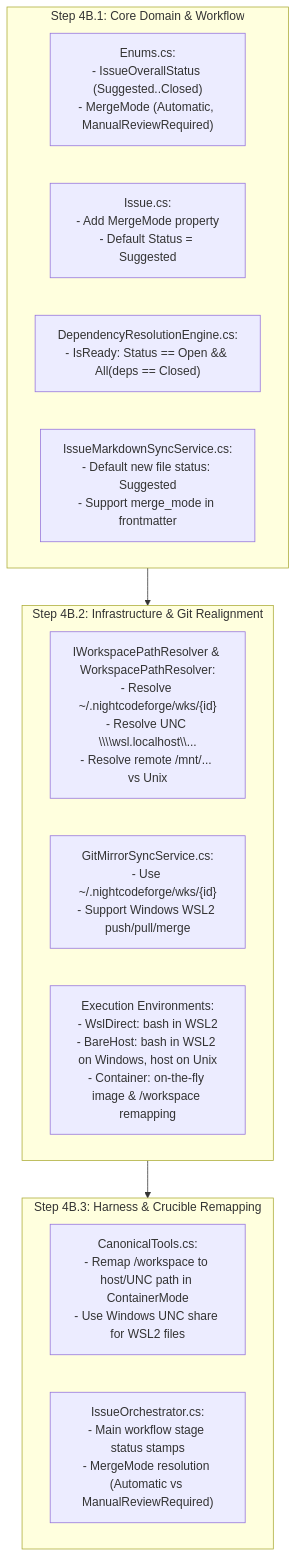
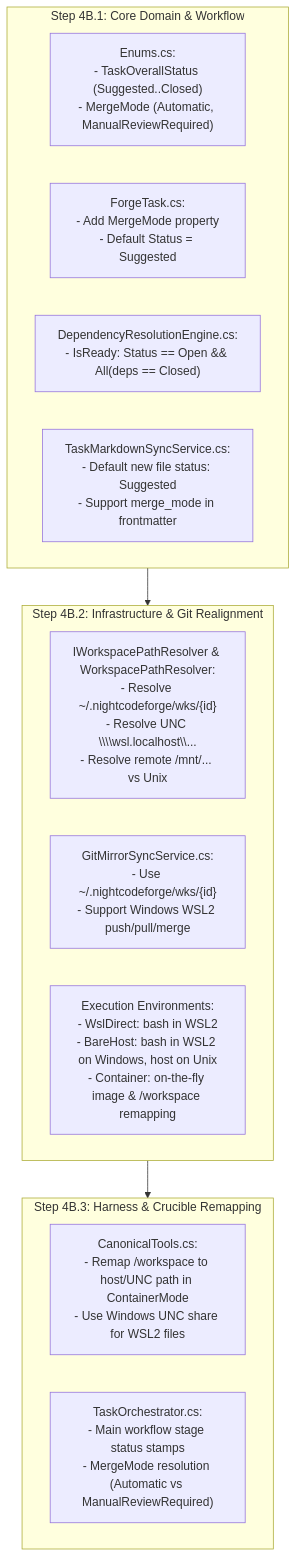
The second of 2 diagrams in docs/plan/04B_EXECUTION_ENVIRONMENT_AND_WORKFLOW_ALIGNMENT.md (jetelain/NightCodeForge), drawn with Mermaid before and after one commit. The commit also changed other lines of this file and 151 other files, not shown here.

Commit message:
Issue -> Task

````diff
--- a/docs/plan/04B_EXECUTION_ENVIRONMENT_AND_WORKFLOW_ALIGNMENT.md
+++ b/docs/plan/04B_EXECUTION_ENVIRONMENT_AND_WORKFLOW_ALIGNMENT.md
@@ -248,23 +248,23 @@
 ```mermaid
 flowchart TD
     subgraph CoreUpdate ["Step 4B.1: Core Domain & Workflow"]
-        Enums["Enums.cs:\n- IssueOverallStatus (Suggested..Closed)\n- MergeMode (Automatic, ManualReviewRequired)"]
-        IssueModel["Issue.cs:\n- Add MergeMode property\n- Default Status = Suggested"]
+        Enums["Enums.cs:\n- TaskOverallStatus (Suggested..Closed)\n- MergeMode (Automatic, ManualReviewRequired)"]
+        TaskModel["ForgeTask.cs:\n- Add MergeMode property\n- Default Status = Suggested"]
         DepEngine["DependencyResolutionEngine.cs:\n- IsReady: Status == Open && All(deps == Closed)"]
-        SyncService["IssueMarkdownSyncService.cs:\n- Default new file status: Suggested\n- Support merge_mode in frontmatter"]
+        SyncService["TaskMarkdownSyncService.cs:\n- Default new file status: Suggested\n- Support merge_mode in frontmatter"]
     end
 
     subgraph InfraUpdate ["Step 4B.2: Infrastructure & Git Realignment"]
         PathResolver["IWorkspacePathResolver & WorkspacePathResolver:\n- Resolve ~/.nightcodeforge/wks/{id}\n- Resolve UNC \\\\wsl.localhost\\...\n- Resolve remote /mnt/... vs Unix"]
         GitMirror["GitMirrorSyncService.cs:\n- Use ~/.nightcodeforge/wks/{id}\n- Support Windows WSL2 push/pull/merge"]
         ExecEnv["Execution Environments:\n- WslDirect: bash in WSL2\n- BareHost: bash in WSL2 on Windows, host on Unix\n- Container: on-the-fly image & /workspace remapping"]
     end
 
     subgraph AgentsUpdate ["Step 4B.3: Harness & Crucible Remapping"]
         CrucibleTools["CanonicalTools.cs:\n- Remap /workspace to host/UNC path in ContainerMode\n- Use Windows UNC share for WSL2 files"]
-        Orchestrator["IssueOrchestrator.cs:\n- Main workflow stage status stamps\n- MergeMode resolution (Automatic vs ManualReviewRequired)"]
+        Orchestrator["TaskOrchestrator.cs:\n- Main workflow stage status stamps\n- MergeMode resolution (Automatic vs ManualReviewRequired)"]
     end
 
     CoreUpdate --> InfraUpdate
     InfraUpdate --> AgentsUpdate
 ```
````
